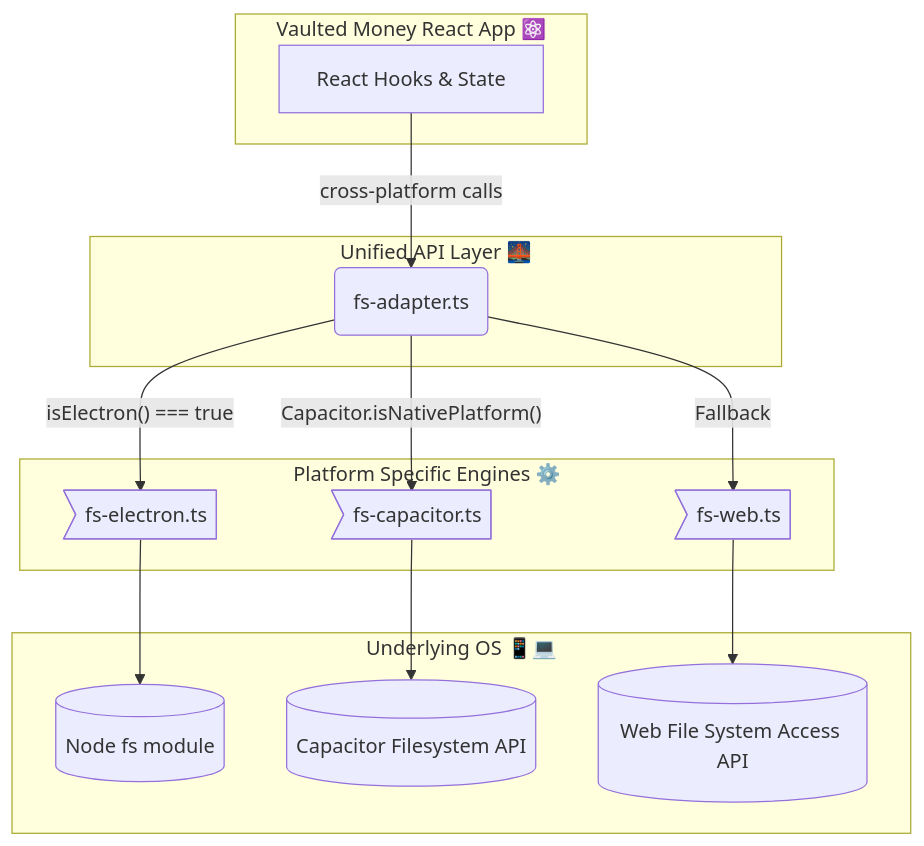
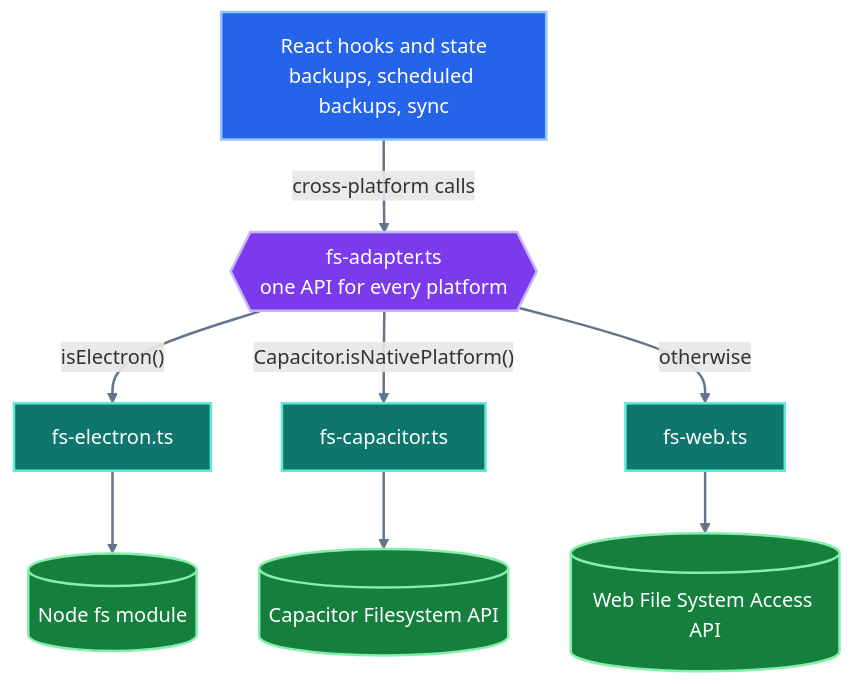
The seventh of 12 diagrams in documentation/ARCHITECTURE.md (nrajesh/vaulted.money), drawn with Mermaid before and after one commit. The commit also changed other lines of this file and 4 other files, not shown here.

First line of the commit message:
Refresh README and architecture docs, add documentation map

````diff
--- a/documentation/ARCHITECTURE.md
+++ b/documentation/ARCHITECTURE.md
@@ -256,32 +245,23 @@
 ```mermaid
 flowchart TD
-    subgraph Core["Vaulted Money React App ⚛️"]
-        A[React Hooks & State]
-    end
+    A["React hooks and state<br/>backups, scheduled backups, sync"]:::ui
+    B{{"fs-adapter.ts<br/>one API for every platform"}}:::logic
 
-    subgraph Adapter["Unified API Layer 🌉"]
-        B(fs-adapter.ts)
-    end
+    C["fs-electron.ts"]:::data
+    D["fs-capacitor.ts"]:::data
+    E["fs-web.ts"]:::data
 
-    subgraph Implementations["Platform Specific Engines ⚙️"]
-        C>fs-electron.ts]
-        D>fs-capacitor.ts]
-        E>fs-web.ts]
-    end
+    F[("Node fs module")]:::store
+    G[("Capacitor Filesystem API")]:::store
+    H[("Web File System Access API")]:::store
 
-    subgraph Native["Underlying OS 📱💻"]
-        F[(Node fs module)]
-        G[(Capacitor Filesystem API)]
-        H[(Web File System Access API)]
-    end
-
-    A -->|"cross-platform calls"| B
-
-    B -->|"isElectron() === true"| C
-    B -->|"Capacitor.isNativePlatform()"| D
-    B -->|"Fallback"| E
-
-    C --> F
-    D --> G
-    E --> H
+    A -- "cross-platform calls" --> B
+    B -- "isElectron()" --> C --> F
+    B -- "Capacitor.isNativePlatform()" --> D --> G
+    B -- "otherwise" --> E --> H
+    classDef ui fill:#2563eb,stroke:#93c5fd,stroke-width:2px,color:#ffffff
+    classDef logic fill:#7c3aed,stroke:#c4b5fd,stroke-width:2px,color:#ffffff
+    classDef data fill:#0f766e,stroke:#5eead4,stroke-width:2px,color:#ffffff
+    classDef store fill:#15803d,stroke:#86efac,stroke-width:2px,color:#ffffff
+    linkStyle default stroke:#64748b,stroke-width:2px
 ```
````
